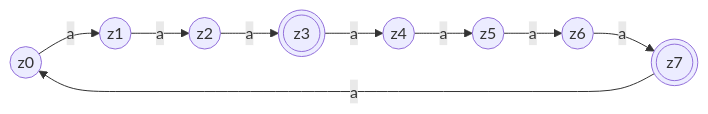
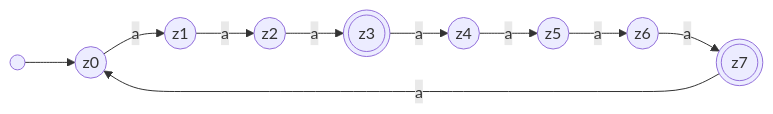
Before and after one commit to noluyorAbi/quartzDeployment: the third of 3 diagrams in content/4.Semester/Informatik/FSK/FSK-ÜB/ÜB 2/FSK-ÜB-2.md, drawn with Mermaid. The commit also changed other lines of this file, not shown here.

````diff
--- a/content/4.Semester/Informatik/FSK/FSK-ÜB/ÜB 2/FSK-ÜB-2.md
+++ b/content/4.Semester/Informatik/FSK/FSK-ÜB/ÜB 2/FSK-ÜB-2.md
@@ -134,19 +149,19 @@
 ```mermaid
 graph LR
-
+	id1(( )) --> circleId0(("`z0`"))
     circleId0(("`z0`")) -->|a| circleId1(("`z1`"))
 
     circleId1(("`z1`")) -->|a| circleId2(("`z2`"))
 
     circleId2(("`z2`")) -->|a| doubleCircleId3((("`z3`")))
 
     doubleCircleId3((("`z3`"))) -->|a| circleId4(("`z4`"))
 
     circleId4(("`z4`")) -->|a| circleId5(("`z5`"))
 
     circleId5(("`z5`")) -->|a| circleId6(("`z6`"))
 
     circleId6(("`z6`")) -->|a| doubleCircleId7((("`z7`")))
 
     doubleCircleId7((("`z7`"))) -->|a| circleId0(("`z0`"))
 ```
````
